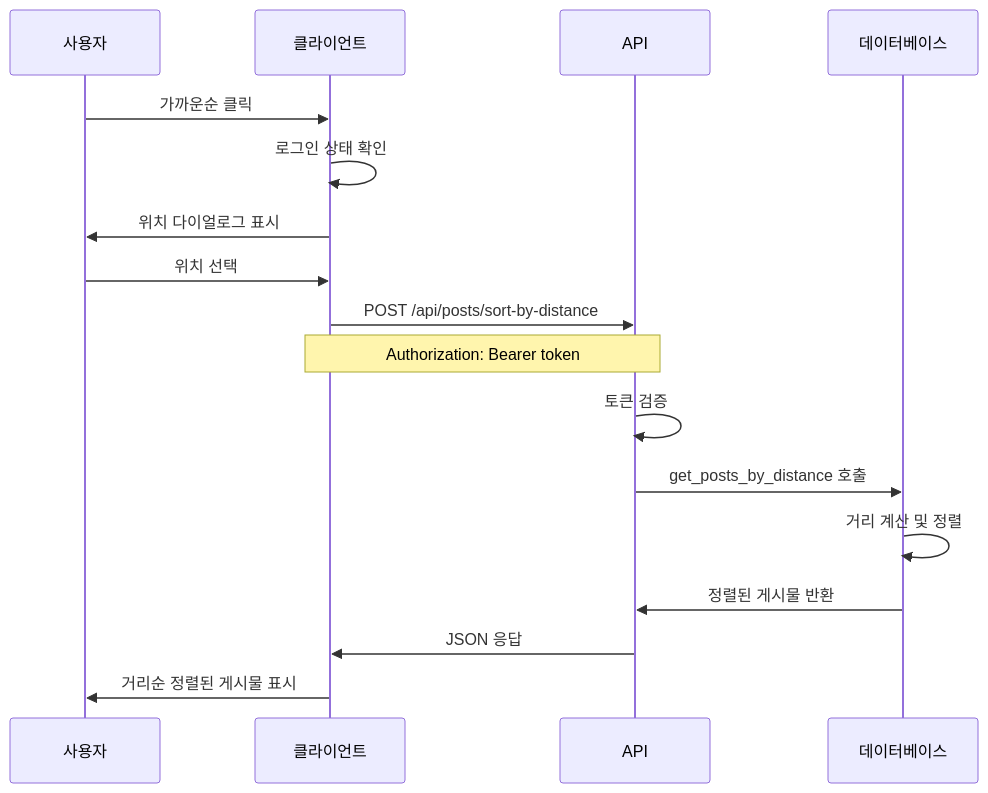
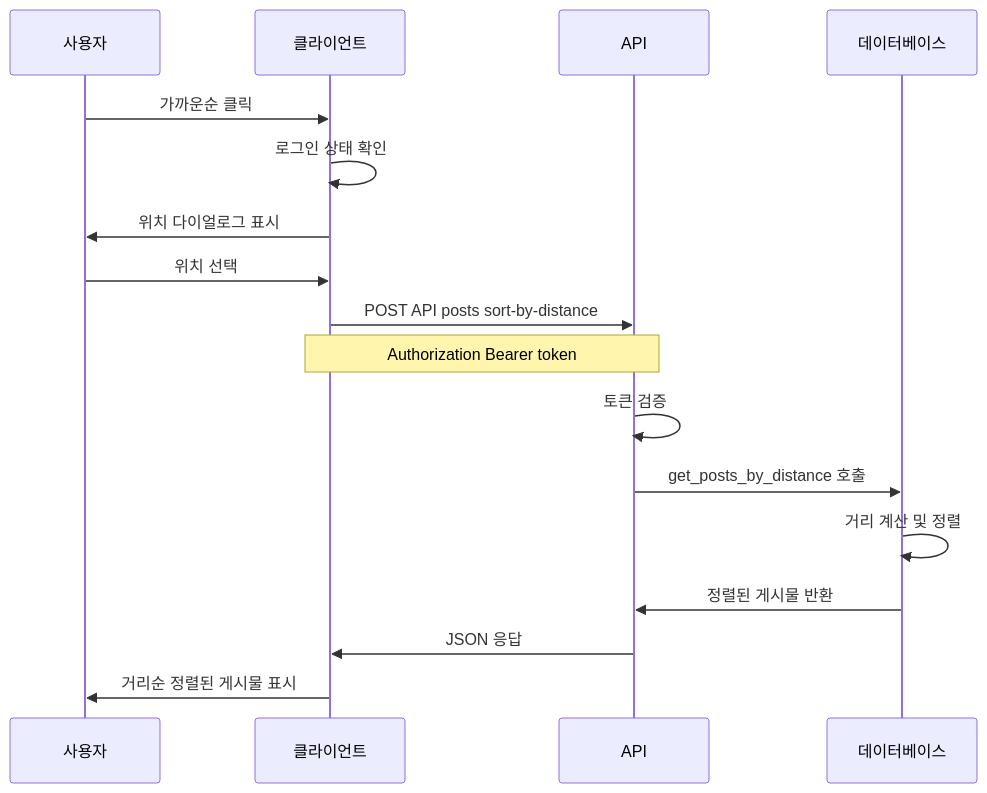
The fifth of 6 diagrams in docs/worklog/20250924_가까운순_정렬_기능_완성_및_카카오맵_API_통합_개선.md (cheesepizza453/move_togaether), drawn with Mermaid before and after one commit. The commit also changed other lines of this file, not shown here.

Commit message:
위치 검색 다이얼로그 및 카카오맵 API 통합 아키텍처 개선: 다이얼로그 UI의 문제 해결 과정을 문서화하고, 카카오맵 API와의 연동 흐름을 명확히 하였습니다. 또한, 거리 계산 및 결과 반환 로직을 개선하여 사용자 경험을 향상시켰습니다.

````diff
--- a/docs/worklog/20250924_가까운순_정렬_기능_완성_및_카카오맵_API_통합_개선.md
+++ b/docs/worklog/20250924_가까운순_정렬_기능_완성_및_카카오맵_API_통합_개선.md
@@ -484,20 +484,20 @@
 ```mermaid
 sequenceDiagram
     participant U as 사용자
     participant C as 클라이언트
     participant A as API
     participant D as 데이터베이스
 
     U->>C: 가까운순 클릭
     C->>C: 로그인 상태 확인
     C->>U: 위치 다이얼로그 표시
     U->>C: 위치 선택
-    C->>A: POST /api/posts/sort-by-distance
-    Note over C,A: Authorization: Bearer token
+    C->>A: POST API posts sort-by-distance
+    Note over C,A: Authorization Bearer token
     A->>A: 토큰 검증
     A->>D: get_posts_by_distance 호출
     D->>D: 거리 계산 및 정렬
     D->>A: 정렬된 게시물 반환
     A->>C: JSON 응답
     C->>U: 거리순 정렬된 게시물 표시
 ```
````
